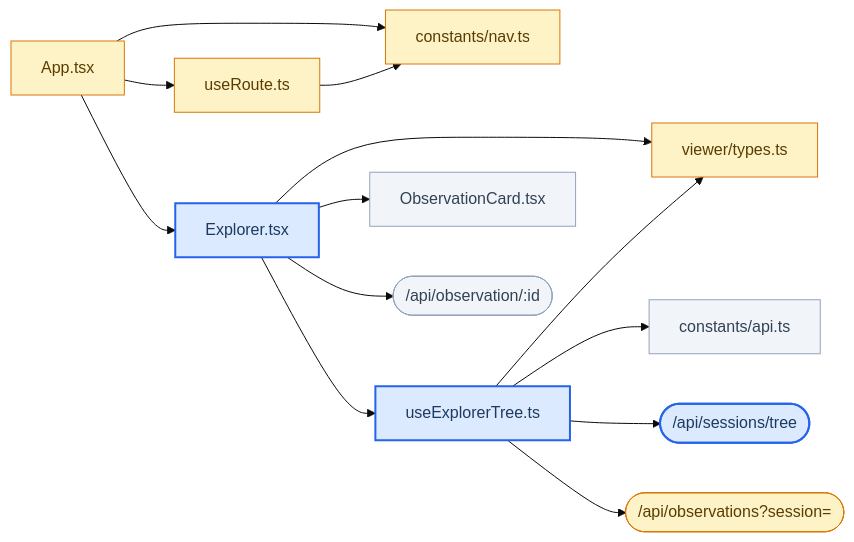
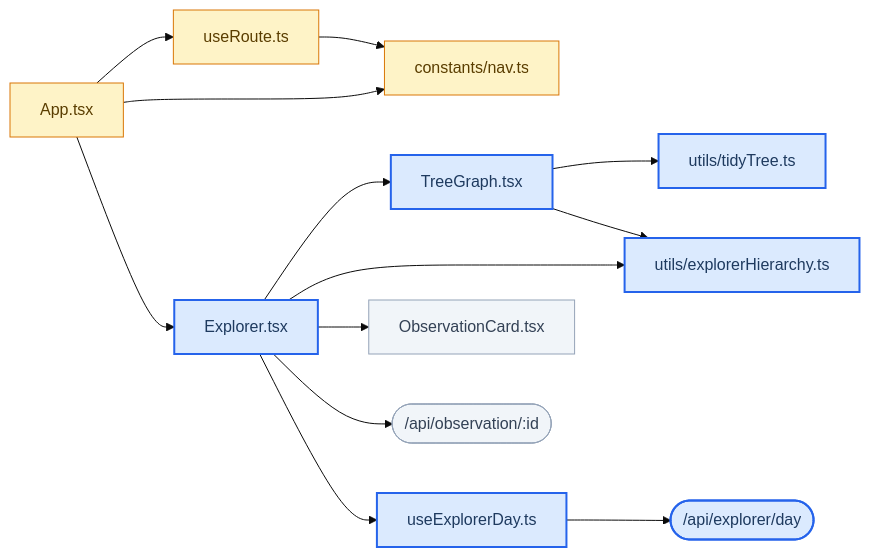
Before and after one commit to Max2535/claude-mem: the first of 2 diagrams in docs/public/architecture/viewer-explorer-dag.mdx, drawn with Mermaid (base theme). The commit also changed other lines of this file and 19 other files, not shown here.

````diff
--- a/docs/public/architecture/viewer-explorer-dag.mdx
+++ b/docs/public/architecture/viewer-explorer-dag.mdx
@@ -19,31 +19,31 @@
 ```mermaid
 flowchart LR
   classDef new fill:#dbeafe,stroke:#2563eb,stroke-width:2px,color:#1e3a5f
   classDef touched fill:#fef3c7,stroke:#d97706,color:#5a3d00
   classDef existing fill:#f1f5f9,stroke:#94a3b8,color:#334155
 
   App["App.tsx"]:::touched
   Route["useRoute.ts"]:::touched
   Nav["constants/nav.ts"]:::touched
   Exp["Explorer.tsx"]:::new
-  Hook["useExplorerTree.ts"]:::new
+  Graph["TreeGraph.tsx"]:::new
+  Hook["useExplorerDay.ts"]:::new
+  Tidy["utils/tidyTree.ts"]:::new
+  Hier["utils/explorerHierarchy.ts"]:::new
   Card["ObservationCard.tsx"]:::existing
-  Types["viewer/types.ts"]:::touched
-  Api["constants/api.ts"]:::existing
-  E1(["/api/sessions/tree"]):::new
-  E2(["/api/observations?session="]):::touched
-  E3(["/api/observation/:id"]):::existing
+  E1(["/api/explorer/day"]):::new
+  E2(["/api/observation/:id"]):::existing
 
   App --> Route
   App --> Nav
   App --> Exp
   Route --> Nav
+  Exp --> Graph
+  Exp --> Hook
+  Exp --> Hier
   Exp --> Card
-  Exp --> Types
-  Exp --> Hook
-  Exp --> E3
-  Hook --> Api
-  Hook --> Types
+  Exp --> E2
+  Graph --> Tidy
+  Graph --> Hier
   Hook --> E1
-  Hook --> E2
 ```
````
